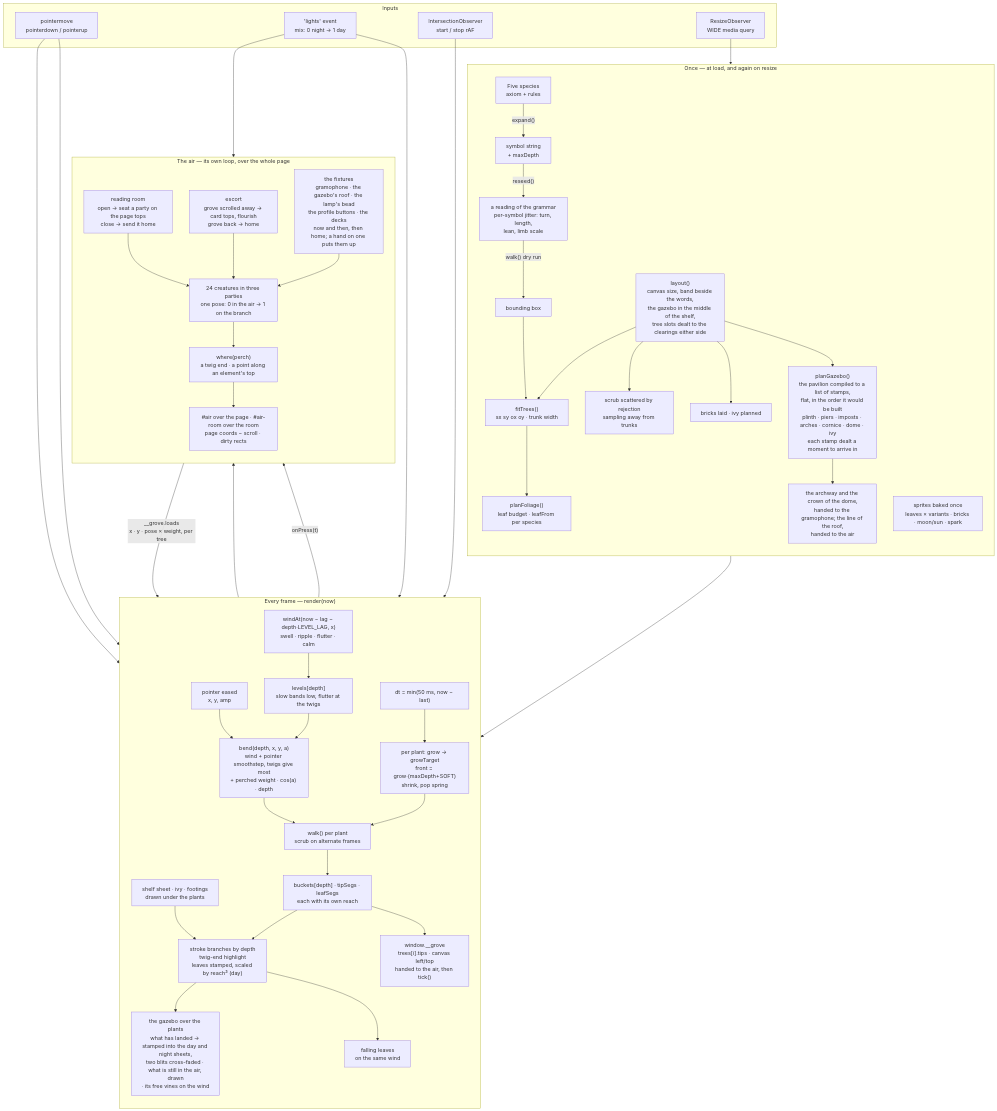
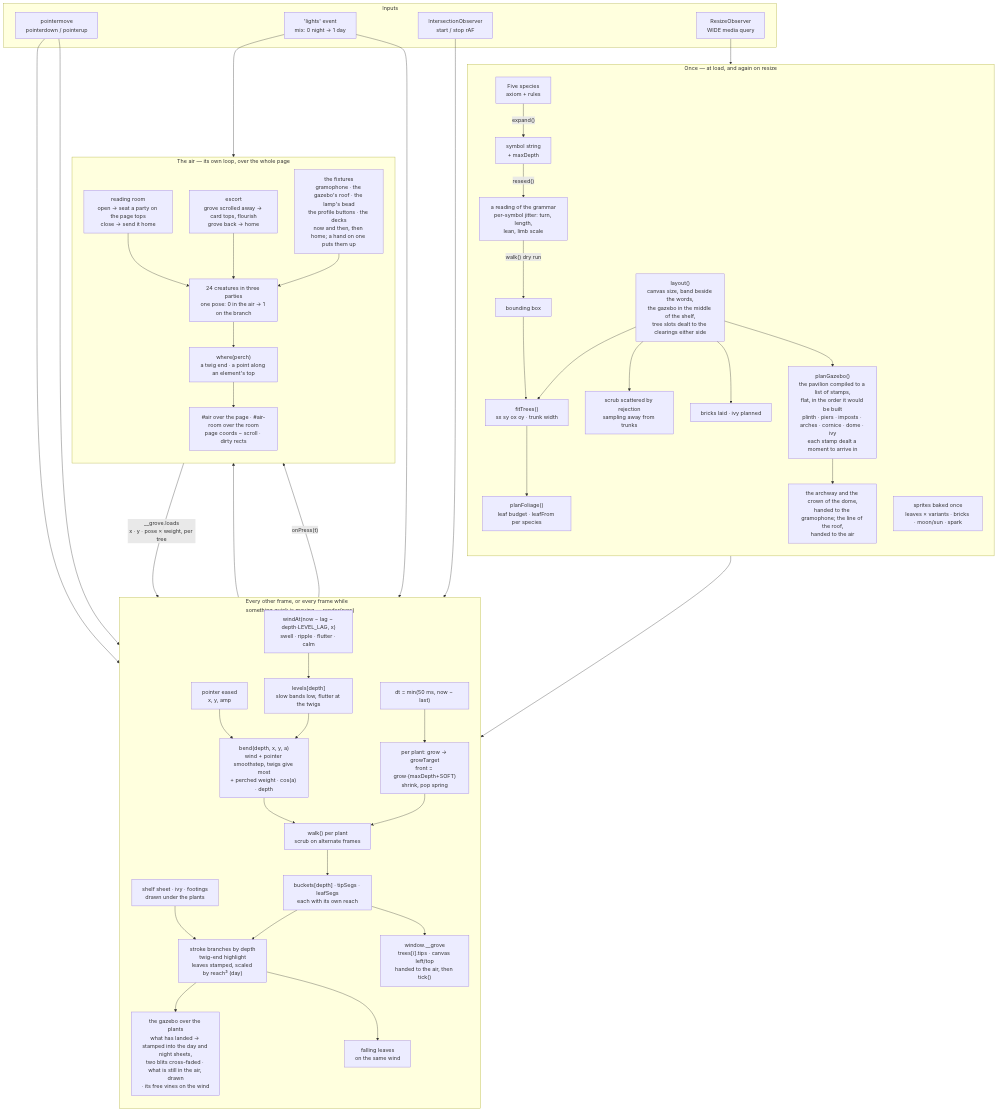
One commit to NeoVand/NeoVand.github.io changed the first of 2 diagrams in README.md. Above: the diagram before and after it, drawn with Mermaid. The commit also changed other lines of this file and 1 other file, not shown here.

````diff
--- a/README.md
+++ b/README.md
@@ -402,60 +416,60 @@
 ```mermaid
 flowchart TB
   subgraph once["Once — at load, and again on resize"]
     direction TB
     G["Five species<br/>axiom + rules"] -->|"expand()"| S["symbol string<br/>+ maxDepth"]
     S -->|"reseed()"| J["a reading of the grammar<br/>per-symbol jitter: turn, length,<br/>lean, limb scale"]
     J -->|"walk() dry run"| BB["bounding box"]
     LY["layout()<br/>canvas size, band beside the words,<br/>the gazebo in the middle of the shelf,<br/>tree slots dealt to the clearings either side"] --> FT
     BB --> FT["fitTrees()<br/>sx sy ox oy · trunk width"]
     FT --> PF["planFoliage()<br/>leaf budget · leafFrom per species"]
     LY --> SC["scrub scattered by rejection<br/>sampling away from trunks"]
     LY --> BR["bricks laid · ivy planned"]
     LY --> GZ["planGazebo()<br/>the pavilion compiled to a list of stamps,<br/>flat, in the order it would be built<br/>plinth · piers · imposts · arches · cornice · dome · ivy<br/>each stamp dealt a moment to arrive in"]
     GZ --> HP["the archway and the crown of the dome,<br/>handed to the gramophone; the line of the roof,<br/>handed to the air"]
     SP["sprites baked once<br/>leaves × variants · bricks · moon/sun · spark"]
   end
 
   subgraph inputs["Inputs"]
     PTR["pointermove<br/>pointerdown / pointerup"]
     LT["'lights' event<br/>mix: 0 night → 1 day"]
     VIS["IntersectionObserver<br/>start / stop rAF"]
     RS["ResizeObserver<br/>WIDE media query"]
   end
 
-  subgraph frame["Every frame — render(now)"]
+  subgraph frame["Every other frame, or every frame while<br/>something quick is moving — render(now)"]
     direction TB
     DT["dt = min(50 ms, now − last)"] --> GRW
     GRW["per plant: grow → growTarget<br/>front = grow·(maxDepth+SOFT)<br/>shrink, pop spring"] --> WK
     WD["windAt(now − lag − depth·LEVEL_LAG, x)<br/>swell · ripple · flutter · calm"] --> LV["levels[depth]<br/>slow bands low, flutter at the twigs"]
     LV --> BEND["bend(depth, x, y, a)<br/>wind + pointer smoothstep, twigs give most<br/>+ perched weight · cos(a) · depth"]
     PE["pointer eased<br/>x, y, amp"] --> BEND
     BEND --> WK["walk() per plant<br/>scrub on alternate frames"]
     WK --> SEG["buckets[depth] · tipSegs · leafSegs<br/>each with its own reach"]
     SEG --> DRAW["stroke branches by depth<br/>twig-end highlight<br/>leaves stamped, scaled by reach³ (day)"]
     SEG --> EXP["window.__grove<br/>trees[i].tips · canvas left/top<br/>handed to the air, then tick()"]
     SHF["shelf sheet · ivy · footings<br/>drawn under the plants"] --> DRAW
     DRAW --> GZD["the gazebo over the plants<br/>what has landed → stamped into the day and night sheets,<br/>two blits cross-faded · what is still in the air, drawn<br/>· its free vines on the wind"]
     DRAW --> FALL["falling leaves<br/>on the same wind"]
   end
 
   subgraph air["The air — its own loop, over the whole page"]
     direction TB
     FLK["24 creatures in three parties<br/>one pose: 0 in the air → 1 on the branch"] --> WHERE["where(perch)<br/>a twig end · a point along an element's top"]
     WHERE --> SHEETS["#air over the page · #air-room over the room<br/>page coords − scroll · dirty rects"]
     RM["reading room<br/>open → seat a party on the page tops<br/>close → send it home"] --> FLK
     ESC["escort<br/>grove scrolled away → card tops, flourish<br/>grove back → home"] --> FLK
     RAD["the fixtures<br/>gramophone · the gazebo's roof · the lamp's bead<br/>the profile buttons · the decks<br/>now and then, then home; a hand on one puts them up"] --> FLK
   end
 
   PTR --> PE
   PTR --> GRW
   LT --> DRAW
   LT --> FLK
   RS --> LY
   VIS --> frame
   once --> frame
   EXP --> WHERE
   GRW -->|"onPress(t)"| FLK
   FLK -->|"__grove.loads<br/>x · y · pose × weight, per tree"| BEND
 ```
````
